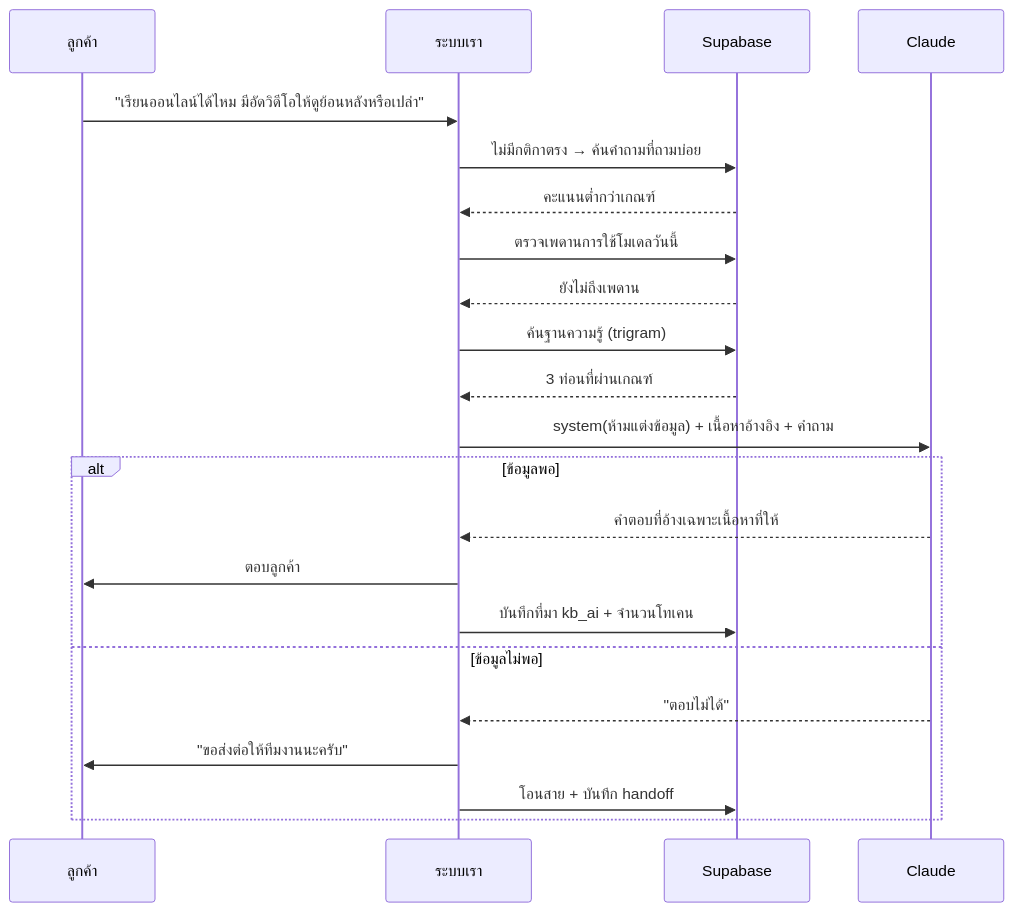
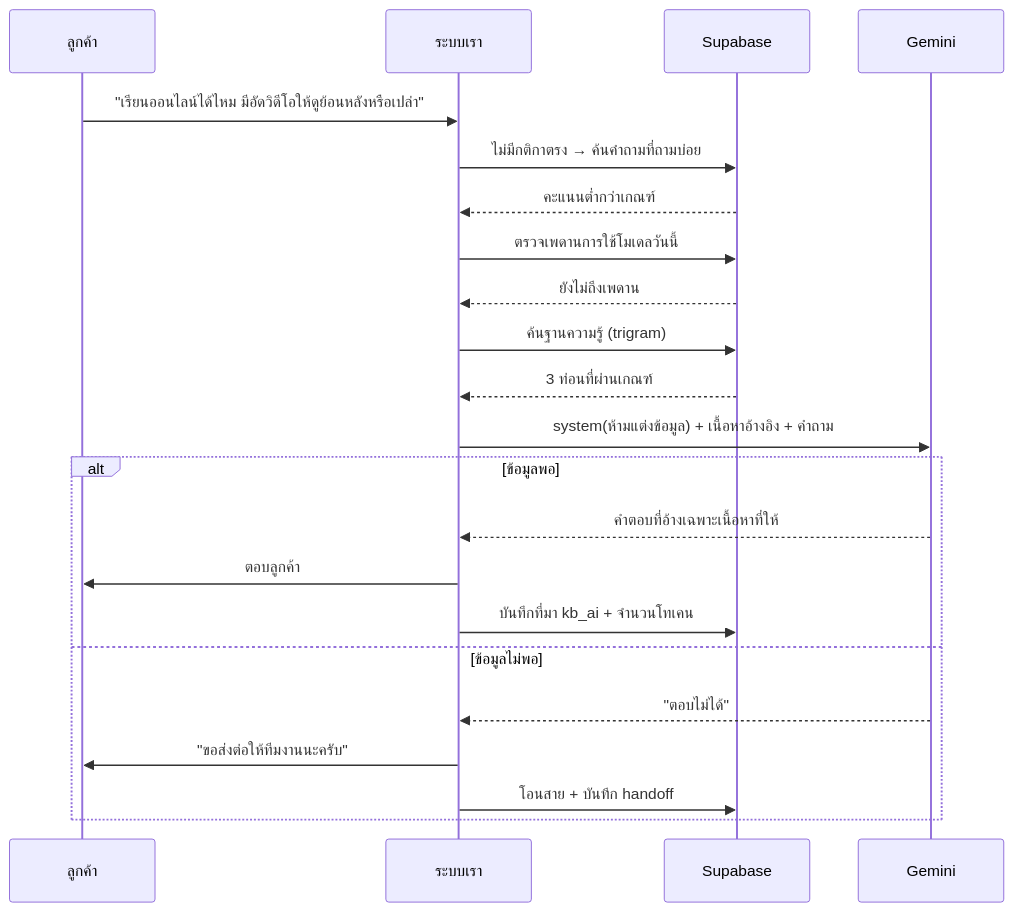
Before and after one commit to tonpalearn/tonpalearn-fbbot: the fourth of 7 diagrams in docs/SPEC.md, drawn with Mermaid. The commit also changed other lines of this file and 13 other files, not shown here.

First line of the commit message:
feat: เปลี่ยนสมองบอตจาก Claude เป็น Gemini Flash

````diff
--- a/docs/SPEC.md
+++ b/docs/SPEC.md
@@ -249,24 +250,24 @@
 ```mermaid
 sequenceDiagram
   participant L as ลูกค้า
   participant S as ระบบเรา
   participant DB as Supabase
-  participant AI as Claude
+  participant AI as Gemini
   L->>S: "เรียนออนไลน์ได้ไหม มีอัดวิดีโอให้ดูย้อนหลังหรือเปล่า"
   S->>DB: ไม่มีกติกาตรง → ค้นคำถามที่ถามบ่อย
   DB-->>S: คะแนนต่ำกว่าเกณฑ์
   S->>DB: ตรวจเพดานการใช้โมเดลวันนี้
   DB-->>S: ยังไม่ถึงเพดาน
   S->>DB: ค้นฐานความรู้ (trigram)
   DB-->>S: 3 ท่อนที่ผ่านเกณฑ์
   S->>AI: system(ห้ามแต่งข้อมูล) + เนื้อหาอ้างอิง + คำถาม
   alt ข้อมูลพอ
     AI-->>S: คำตอบที่อ้างเฉพาะเนื้อหาที่ให้
     S->>L: ตอบลูกค้า
     S->>DB: บันทึกที่มา kb_ai + จำนวนโทเคน
   else ข้อมูลไม่พอ
     AI-->>S: "ตอบไม่ได้"
     S->>L: "ขอส่งต่อให้ทีมงานนะครับ"
     S->>DB: โอนสาย + บันทึก handoff
   end
 ```
````
